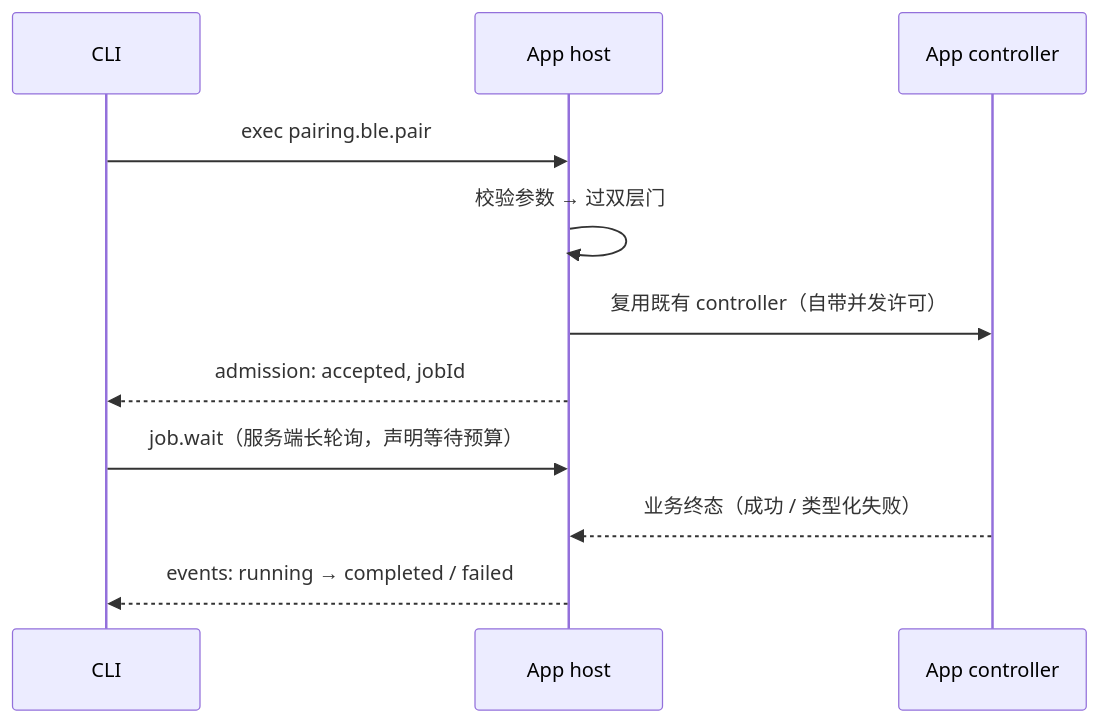
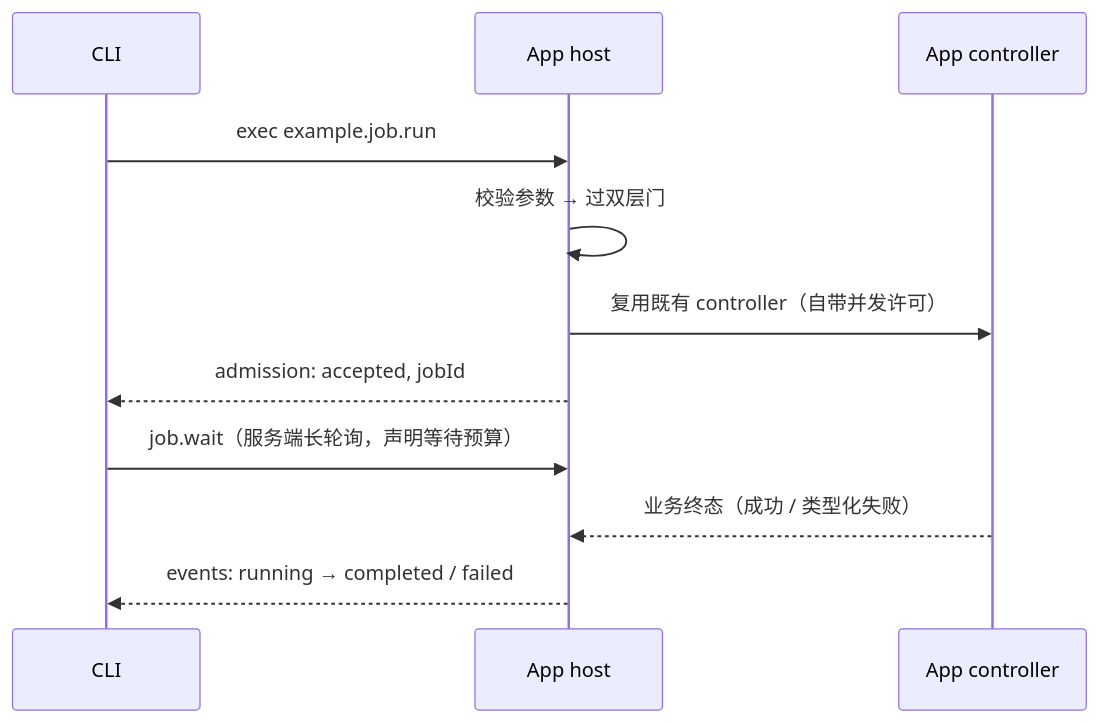
The fourth of 4 diagrams in docs/design.md (cr1992/patchbay), drawn with Mermaid before and after one commit. The commit also changed other lines of this file and 14 other files, not shown here.

````diff
--- a/docs/design.md
+++ b/docs/design.md
@@ -227,13 +227,13 @@
 ```mermaid
 sequenceDiagram
     participant CLI
     participant Host as App host
     participant Ctrl as App controller
-    CLI->>Host: exec pairing.ble.pair
+    CLI->>Host: exec example.job.run
     Host->>Host: 校验参数 → 过双层门
     Host->>Ctrl: 复用既有 controller（自带并发许可）
     Host-->>CLI: admission: accepted, jobId
     CLI->>Host: job.wait（服务端长轮询，声明等待预算）
     Ctrl-->>Host: 业务终态（成功 / 类型化失败）
     Host-->>CLI: events: running → completed / failed
 ```
````
